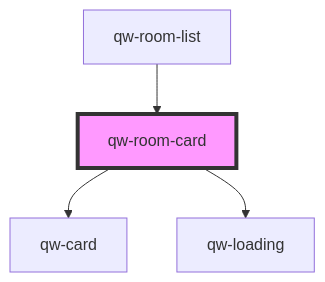
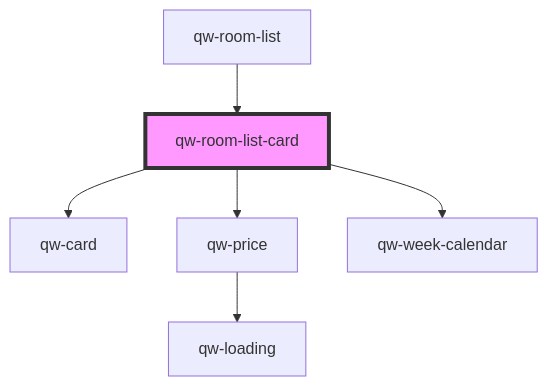
Before and after one commit to qwentes-team/qw-hotels: the diagram in src/components/qw-room-list/qw-room-list-card/readme.md, drawn with Mermaid. The commit also changed other lines of this file and 16 other files, not shown here.

````diff
--- a/src/components/qw-room-list/qw-room-list-card/readme.md
+++ b/src/components/qw-room-list/qw-room-list-card/readme.md
@@ -35,7 +43,9 @@
 ```mermaid
 graph TD;
-  qw-room-card --> qw-card
-  qw-room-card --> qw-loading
-  qw-room-list --> qw-room-card
-  style qw-room-card fill:#f9f,stroke:#333,stroke-width:4px
+  qw-room-list-card --> qw-card
+  qw-room-list-card --> qw-price
+  qw-room-list-card --> qw-week-calendar
+  qw-price --> qw-loading
+  qw-room-list --> qw-room-list-card
+  style qw-room-list-card fill:#f9f,stroke:#333,stroke-width:4px
 ```
````
